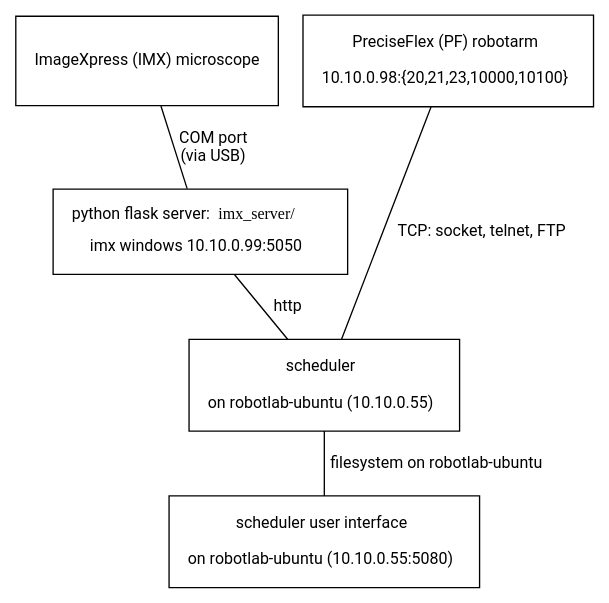
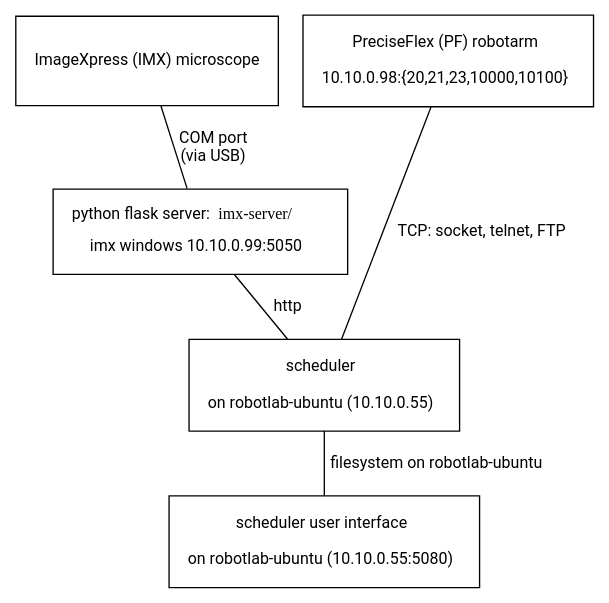
Before and after one commit to pharmbio/robotlab: the diagram in images/overview.dot, drawn with Graphviz. The commit also changed 2 other files, not shown here.

```diff
--- a/images/overview.dot
+++ b/images/overview.dot
@@ -1,26 +1,26 @@
 # Build the svg with:
 # dot overview.dot -Tsvg -o overview.svg
 graph {
     # graph [bgcolor="#2d2d2d"]
     # node [color="#d3d0c8" fontcolor="#d3d0c8"]
     # edge [color="#d3d0c8" fontcolor="#d3d0c8"]
 
     node [fontname="Roboto", fontsize=12]
     edge [fontname="Roboto", fontsize=12]
     node [shape=box]
     imx  [label=< <BR/> ImageXpress (IMX) microscope<BR/> >, margin=0.2]
     pf   [label=< PreciseFlex (PF) robotarm <BR/><BR/> 10.10.0.98:{20,21,23,10000,10100} >, margin=0.2]
 
     rank=same {imx; pf}
 
-    imx_server [label=< python flask server: <FONT FACE="Consolas">imx_server/</FONT><BR/><BR/> imx windows 10.10.0.99:5050 >, margin=0.2]
+    imx_server [label=< python flask server: <FONT FACE="Consolas">imx-server/</FONT><BR/><BR/> imx windows 10.10.0.99:5050 >, margin=0.2]
 
     imx -- imx_server [label=<COM port<BR/>(via USB)>]
     pf -- scheduler [label="TCP: socket, telnet, FTP"]
 
     scheduler [label=< scheduler <BR/><BR/> on robotlab-ubuntu (10.10.0.55) >, margin=0.2]
     imx_server -- scheduler [label="  http"]
 
     scheduler -- scheduler_ui [label="  filesystem on robotlab-ubuntu"]
     scheduler_ui [label=< scheduler user interface <BR/><BR/> on robotlab-ubuntu (10.10.0.55:5080) >, margin=0.2]
 }
```
